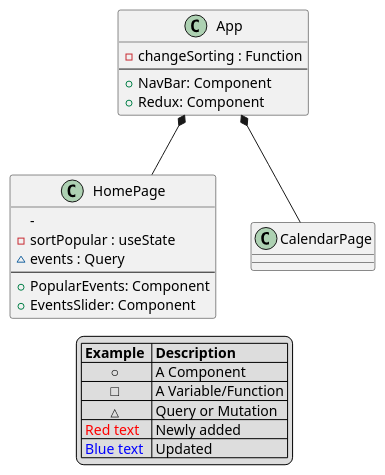
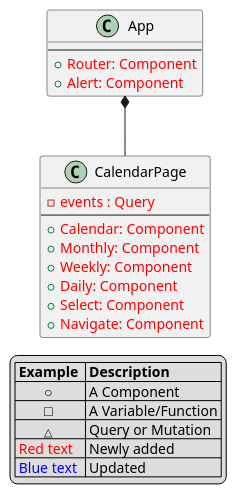
The diagram in Tryagain/CD_FE_US0.puml (oscarboe/Studieforeningskalender_Front_end), drawn with PlantUML before and after one commit. The commit also changed 38 other files, not shown here.

```diff
--- a/Tryagain/CD_FE_US0.puml
+++ b/Tryagain/CD_FE_US0.puml
@@ -1,32 +1,30 @@
 @startuml FrontEndClassDiagram
-class HomePage {
-    - 
-    - sortPopular : useState
-    ~ events : Query 
-    --
-    + PopularEvents: Component
-    + EventsSlider: Component
-}
+
 
 class App {
-    - changeSorting : Function
     --
-    + NavBar: Component
-    + Redux: Component
+    + <color:red>Router: Component
+    + <color:red>Alert: Component
     }
+
 class CalendarPage {
-
+    - <color:red>events : Query
+    --
+    + <color:red>Calendar: Component
+    + <color:red>Monthly: Component
+    + <color:red>Weekly: Component
+    + <color:red>Daily: Component
+    + <color:red>Select: Component
+    + <color:red>Navigate: Component
 }
-
-App*-- HomePage    
 App*-- CalendarPage   
 
 legend
     |= Example  |= Description |
     |        ○ | A Component |
     |        □ | A Variable/Function |
     |        <size:11>△ | Query or Mutation |
     |<color:red> Red text | Newly added|
     |<color:blue> Blue text | Updated |
 endlegend
 @enduml
```
